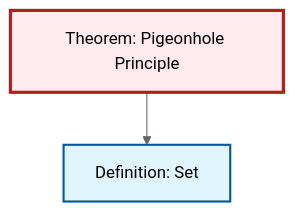
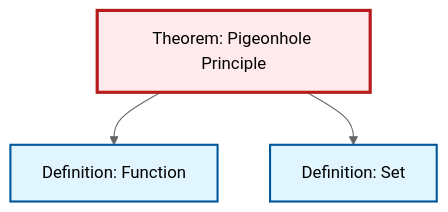
The diagram in content/en/combinatorics/thm-pigeonhole-principle.qmd (RK0429/ModernMath), drawn with Mermaid (neutral theme) before and after one commit. The commit also changed 554 other files, not shown here.

````diff
--- a/content/en/combinatorics/thm-pigeonhole-principle.qmd
+++ b/content/en/combinatorics/thm-pigeonhole-principle.qmd
@@ -63,14 +63,17 @@
 ```{mermaid}
 %%| fig-cap: "Local dependency graph"
 graph TD
     classDef definition fill:#e1f5fe,stroke:#01579b,stroke-width:2px
     classDef theorem fill:#f3e5f5,stroke:#4a148c,stroke-width:2px
     classDef axiom fill:#fff3e0,stroke:#e65100,stroke-width:2px
     classDef example fill:#e8f5e9,stroke:#1b5e20,stroke-width:2px
     classDef current fill:#ffebee,stroke:#b71c1c,stroke-width:3px
+    def-set["Definition: Set"]:::definition
     thm-pigeonhole-principle["Theorem: Pigeonhole Principle"]:::theorem
-    def-set["Definition: Set"]:::definition
+    def-function["Definition: Function"]:::definition
+    thm-pigeonhole-principle --> def-function
     thm-pigeonhole-principle --> def-set
     class thm-pigeonhole-principle current
     click def-set "def-set.html" "Go to Set definition"
+    click def-function "def-function.html" "Go to Function definition"
 ```
````
